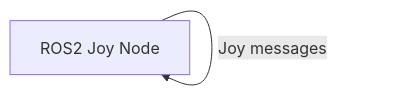
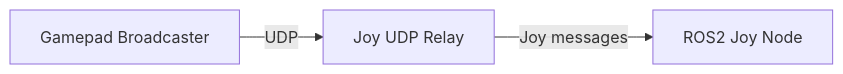
Before and after one commit to bwt2/gamepad-broadcaster: the diagram in README.md, drawn with Mermaid.

````diff
--- a/README.md
+++ b/README.md
@@ -5,4 +5,5 @@
 ```mermaid
 flowchart LR
-    id["Gamepad Broadcaster"] -- "UDP" --> id["Joy UDP Relay"] -- "Joy messages" --> id["ROS2 Joy Node"]
+    gb["Gamepad Broadcaster"] -- "UDP" --> jur["Joy UDP Relay"] 
+    jur -- "Joy messages" --> id["ROS2 Joy Node"]
 ```
````
